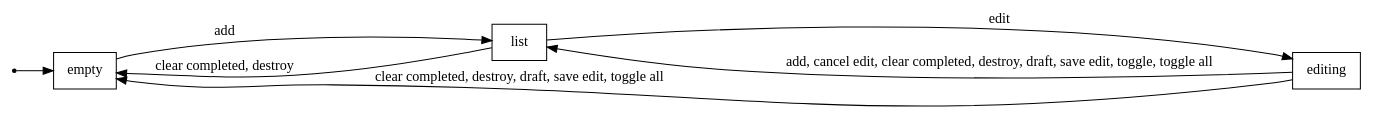
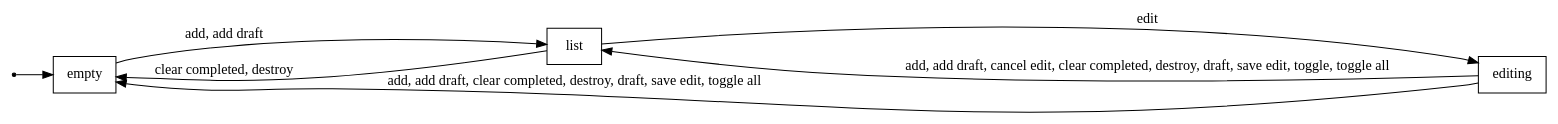
One commit to davesnx/silica changed the diagram in todomvc/check/spec/todos.dot. Above: the diagram before and after it, drawn with Graphviz. The commit also changed 41 other files, not shown here.

```diff
--- a/todomvc/check/spec/todos.dot
+++ b/todomvc/check/spec/todos.dot
@@ -1,13 +1,13 @@
 digraph "todos" {
 rankdir=LR;
 "todos.__init" [shape=point];
 "todos.__init" -> "todos.empty";
 "todos.empty" [label="empty" shape=box];
 "todos.editing" [label="editing" shape=box];
 "todos.list" [label="list" shape=box];
-"todos.editing" -> "todos.empty" [label="clear completed, destroy, draft, save edit, toggle all"];
-"todos.editing" -> "todos.list" [label="add, cancel edit, clear completed, destroy, draft, save edit, toggle, toggle all"];
-"todos.empty" -> "todos.list" [label="add"];
+"todos.editing" -> "todos.empty" [label="add, add draft, clear completed, destroy, draft, save edit, toggle all"];
+"todos.editing" -> "todos.list" [label="add, add draft, cancel edit, clear completed, destroy, draft, save edit, toggle, toggle all"];
+"todos.empty" -> "todos.list" [label="add, add draft"];
 "todos.list" -> "todos.editing" [label="edit"];
 "todos.list" -> "todos.empty" [label="clear completed, destroy"];
 }
```
